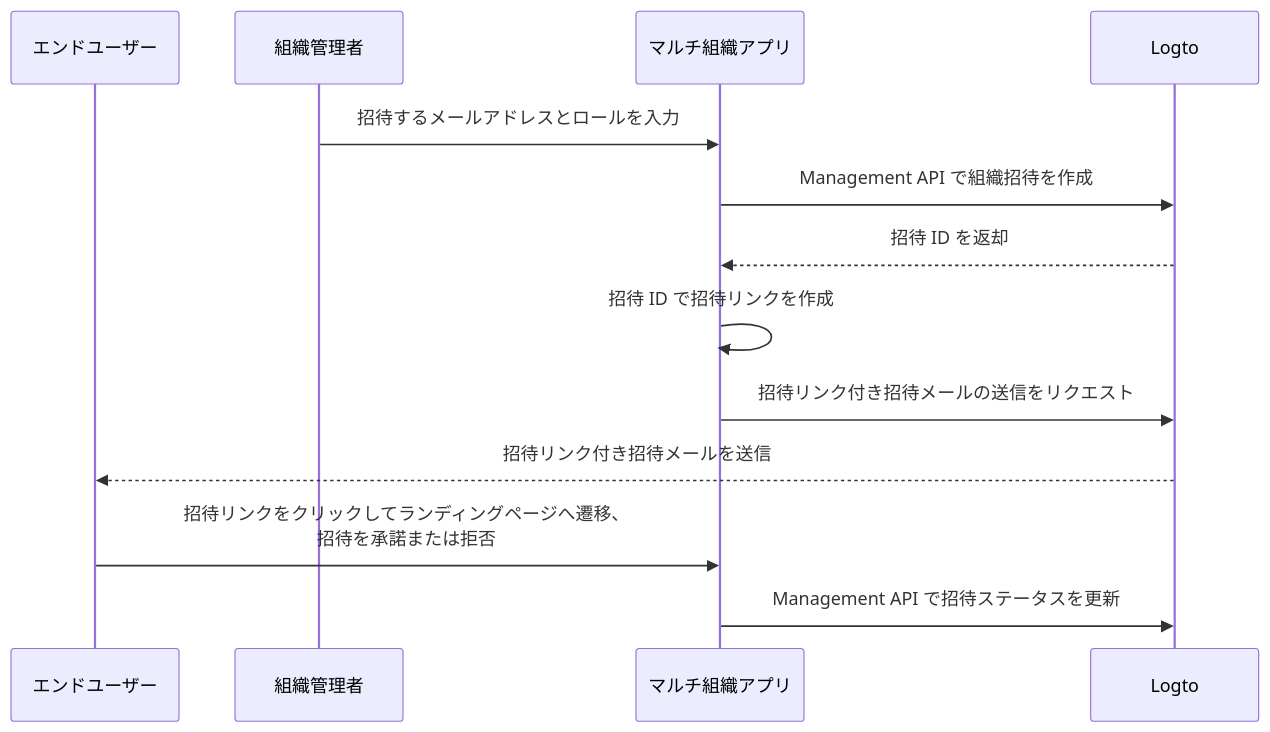
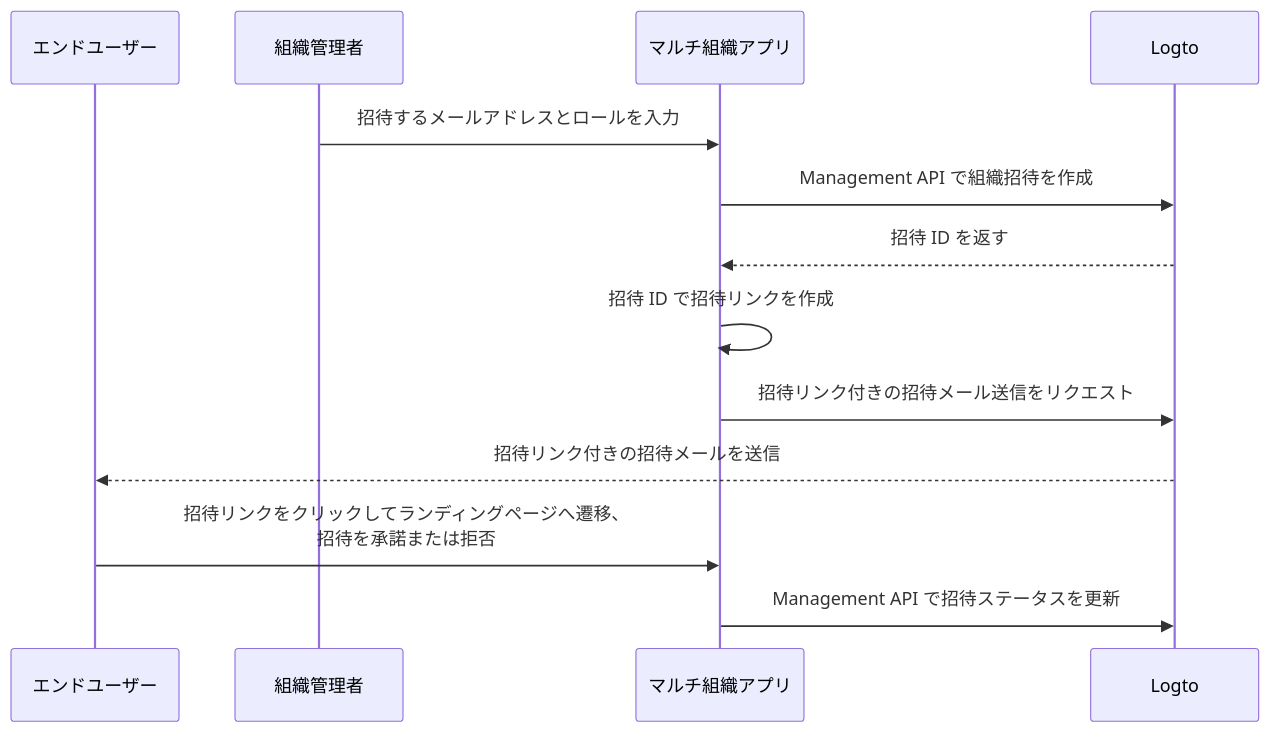
Before and after one commit to logto-io/docs: the diagram in i18n/ja/docusaurus-plugin-content-docs/current/end-user-flows/organization-experience/invite-organization-members.mdx, drawn with Mermaid. The commit also changed other lines of this file and 16 other files, not shown here.

````diff
--- a/i18n/ja/docusaurus-plugin-content-docs/current/end-user-flows/organization-experience/invite-organization-members.mdx
+++ b/i18n/ja/docusaurus-plugin-content-docs/current/end-user-flows/organization-experience/invite-organization-members.mdx
@@ -13,16 +13,16 @@
 ```mermaid
 sequenceDiagram
 	Participant U as エンドユーザー
   Participant A as 組織管理者
   Participant C as マルチ組織アプリ
 	Participant L as Logto
 
   A ->> C: 招待するメールアドレスとロールを入力
   C ->> L: Management API で組織招待を作成
-  L -->> C: 招待 ID を返却
+  L -->> C: 招待 ID を返す
   C ->> C: 招待 ID で招待リンクを作成
-  C ->> L: 招待リンク付き招待メールの送信をリクエスト
-  L -->> U: 招待リンク付き招待メールを送信
+  C ->> L: 招待リンク付きの招待メール送信をリクエスト
+  L -->> U: 招待リンク付きの招待メールを送信
   U ->> C: 招待リンクをクリックしてランディングページへ遷移、<br /> 招待を承諾または拒否
   C ->> L: Management API で招待ステータスを更新
 ```
````
